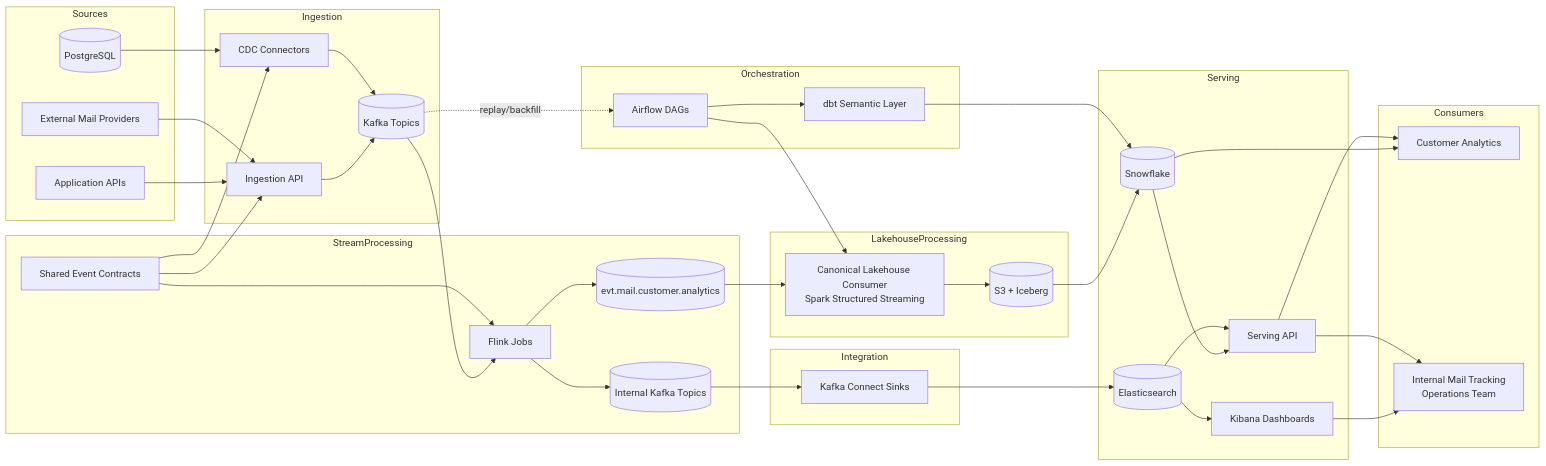
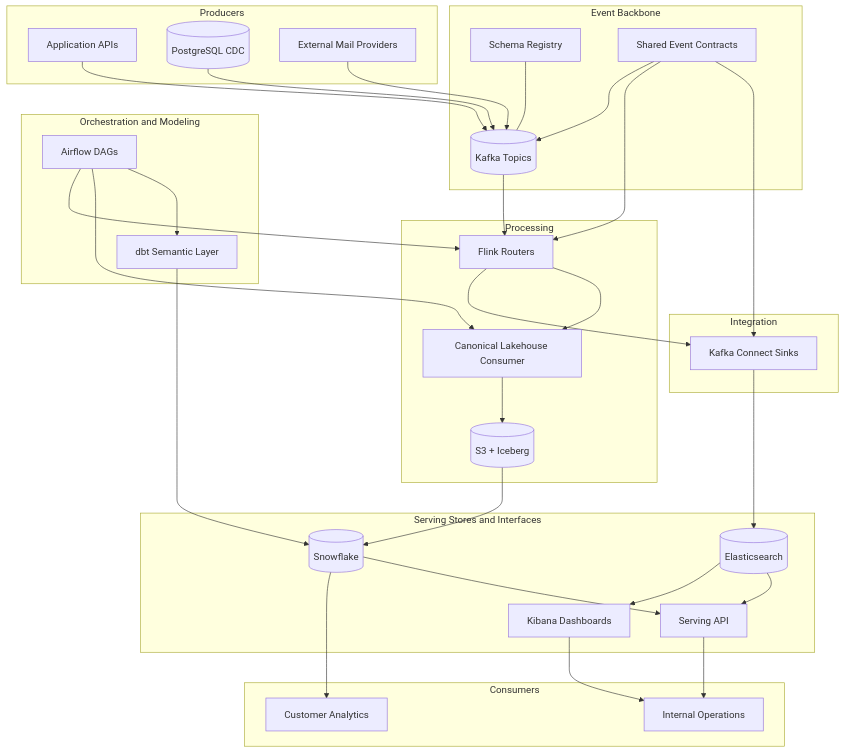
The diagram in docs/diagrams/platform-architecture.md (paulchen8206/Event-Tracking-Platform), drawn with Mermaid before and after one commit. The commit also changed other lines of this file and 53 other files, not shown here.

Commit message:
Initial commit: event tracking platform

````diff
--- a/docs/diagrams/platform-architecture.md
+++ b/docs/diagrams/platform-architecture.md
@@ -9,76 +9,65 @@
 ```mermaid
-flowchart LR
-    subgraph Sources
-        APP[Application APIs]
-        DB[(PostgreSQL)]
-        EXT[External Mail Providers]
+flowchart TB
+    subgraph Producers[Producers]
+        API_APP[Application APIs]
+        CDC_SRC[(PostgreSQL CDC)]
+        EXT_SRC[External Mail Providers]
     end
 
-    subgraph Ingestion
-        API[Ingestion API]
-        CDC[CDC Connectors]
+    subgraph Backbone[Event Backbone]
         KAFKA[(Kafka Topics)]
+        SR[Schema Registry]
+        CONTRACTS[Shared Event Contracts]
     end
 
-    subgraph StreamProcessing
-        FLINK[Flink Jobs]
-        SCHEMA[Shared Event Contracts]
-        KINT[(Internal Kafka Topics)]
-        KCAN[(evt.mail.customer.analytics)]
-    end
-
-    subgraph LakehouseProcessing
-        SPARK[Canonical Lakehouse Consumer
-Spark Structured Streaming]
+    subgraph Processing[Processing]
+        FLINK[Flink Routers]
+        SPARK[Canonical Lakehouse Consumer]
         S3[(S3 + Iceberg)]
     end
 
-    subgraph Integration
-        KCONN[Kafka Connect Sinks]
-    end
-
-    subgraph Orchestration
+    subgraph Orchestration[Orchestration and Modeling]
         AIRFLOW[Airflow DAGs]
         DBT[dbt Semantic Layer]
     end
 
-    subgraph Serving
+    subgraph Integration[Integration]
+        KCONNECT[Kafka Connect Sinks]
+    end
+
+    subgraph Serving[Serving Stores and Interfaces]
         SNOW[(Snowflake)]
         ES[(Elasticsearch)]
         KIBANA[Kibana Dashboards]
         SAPI[Serving API]
     end
 
-    subgraph Consumers
+    subgraph Consumers[Consumers]
         CUST[Customer Analytics]
-        OPS[Internal Mail Tracking\n Operations Team]
+        OPS[Internal Operations]
     end
 
-    APP --> API
-    DB --> CDC
-    EXT --> API
-    API --> KAFKA
-    CDC --> KAFKA
+    API_APP --> KAFKA
+    CDC_SRC --> KAFKA
+    EXT_SRC --> KAFKA
+    CONTRACTS --> KAFKA
+    CONTRACTS --> FLINK
+    CONTRACTS --> KCONNECT
     KAFKA --> FLINK
-    SCHEMA --> API
-    SCHEMA --> CDC
-    SCHEMA --> FLINK
-    FLINK --> KINT
-    FLINK --> KCAN
-    KINT --> KCONN
-    KCONN --> ES
-    ES --> KIBANA
-    KIBANA --> OPS
-    KCAN --> SPARK
+    FLINK --> KCONNECT
+    FLINK --> SPARK
+    KCONNECT --> ES
     SPARK --> S3
     S3 --> SNOW
+    AIRFLOW --> FLINK
     AIRFLOW --> SPARK
     AIRFLOW --> DBT
     DBT --> SNOW
-    KAFKA -. replay/backfill .-> AIRFLOW
+    SR --- KAFKA
+    SNOW --> CUST
     SNOW --> SAPI
+    ES --> KIBANA
     ES --> SAPI
-    SNOW --> CUST
-    SAPI --> CUST
+    KIBANA --> OPS
     SAPI --> OPS
 ```
````
